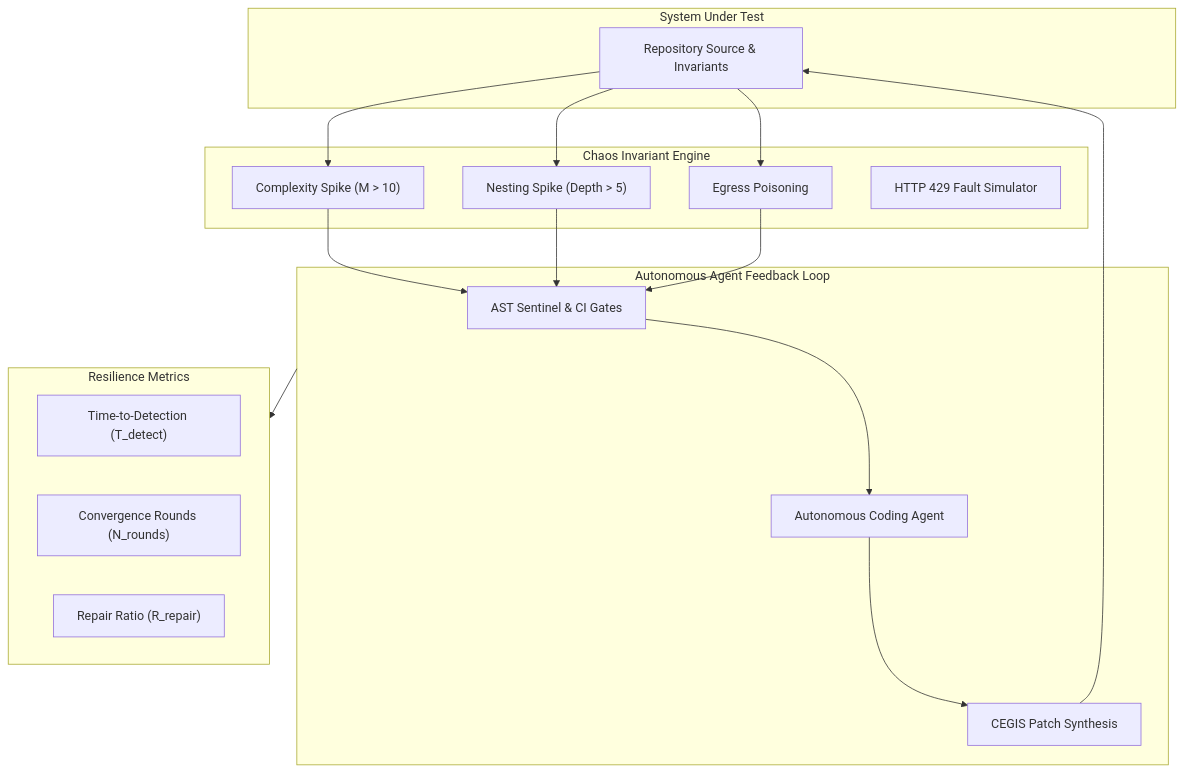
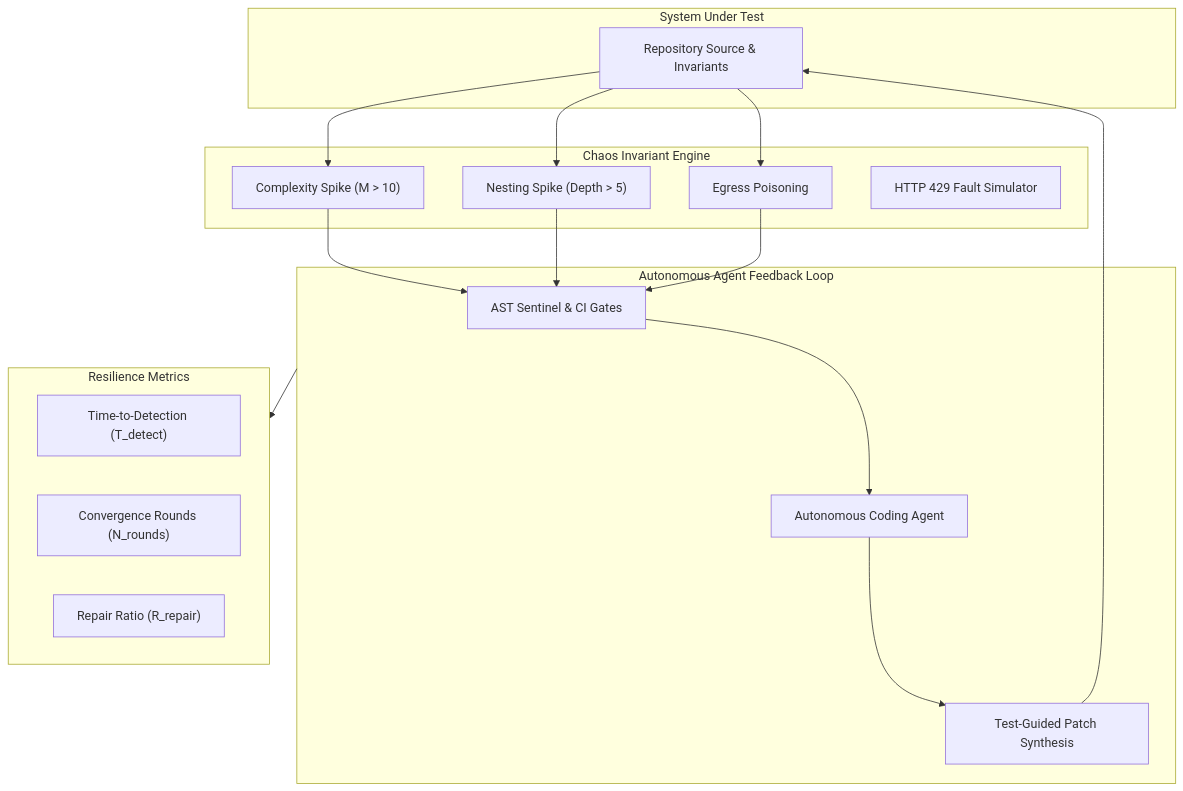
One commit to dan-petty/vibes changed the diagram in patterns/synthetic-chaos-and-invariant-convergence-testing.md. Above: the diagram before and after it, drawn with Mermaid. The commit also changed other lines of this file and 248 other files, not shown here.

````diff
--- a/patterns/synthetic-chaos-and-invariant-convergence-testing.md
+++ b/patterns/synthetic-chaos-and-invariant-convergence-testing.md
@@ -28,36 +28,36 @@
 ```mermaid
 flowchart TD
     subgraph SUT ["System Under Test"]
         Codebase["Repository Source & Invariants"]
     end
 
     subgraph Injector ["Chaos Invariant Engine"]
         ComplexityMutator["Complexity Spike (M > 10)"]
         NestingMutator["Nesting Spike (Depth > 5)"]
         EgressMutator["Egress Poisoning"]
         TransientMutator["HTTP 429 Fault Simulator"]
     end
 
     subgraph AgenticLoop ["Autonomous Agent Feedback Loop"]
         Sentinel["AST Sentinel & CI Gates"]
         Agent["Autonomous Coding Agent"]
-        PatchSynthesis["CEGIS Patch Synthesis"]
+        PatchSynthesis["Test-Guided Patch Synthesis"]
     end
 
     subgraph Telemetry ["Resilience Metrics"]
         TDetect["Time-to-Detection (T_detect)"]
         NRounds["Convergence Rounds (N_rounds)"]
         RRepair["Repair Ratio (R_repair)"]
     end
 
     Codebase --> ComplexityMutator
     Codebase --> NestingMutator
     Codebase --> EgressMutator
     ComplexityMutator --> Sentinel
     NestingMutator --> Sentinel
     EgressMutator --> Sentinel
     Sentinel --> Agent
     Agent --> PatchSynthesis
     PatchSynthesis --> Codebase
     AgenticLoop --> Telemetry
 ```
````
